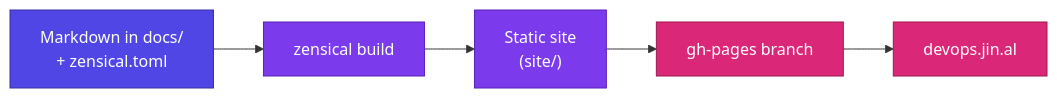
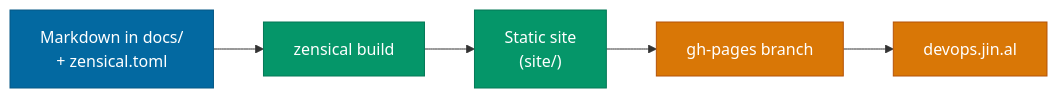
Before and after one commit to jinalshah/devops-images: the diagram in docs/reading-the-docs.md, drawn with Mermaid. The commit also changed 29 other files, not shown here.

````diff
--- a/docs/reading-the-docs.md
+++ b/docs/reading-the-docs.md
@@ -12,13 +12,13 @@
 ```mermaid
 flowchart LR
   MD["Markdown in docs/<br/>+ zensical.toml"] --> Z["zensical build"]
   Z --> S["Static site<br/>(site/)"]
   S --> GP["gh-pages branch"]
   GP --> WEB["devops.jin.al"]
-  classDef src fill:#4f46e5,stroke:#3730a3,color:#fff
-  classDef tool fill:#7c3aed,stroke:#5b21b6,color:#fff
-  classDef out fill:#db2777,stroke:#9d174d,color:#fff
+  classDef src fill:#0369a1,stroke:#075985,color:#fff
+  classDef tool fill:#059669,stroke:#047857,color:#fff
+  classDef out fill:#d97706,stroke:#b45309,color:#fff
   class MD src
   class Z,S tool
   class GP,WEB out
 ```
````
